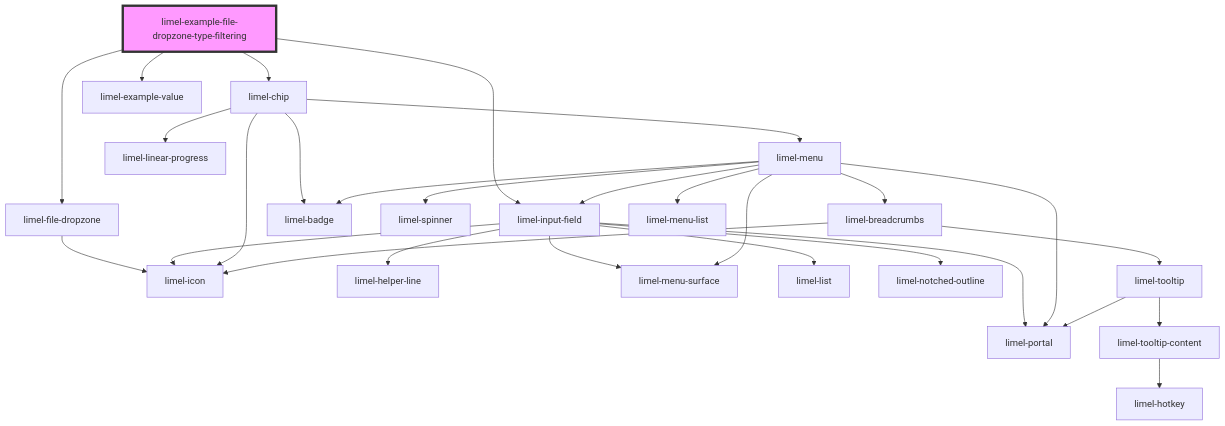
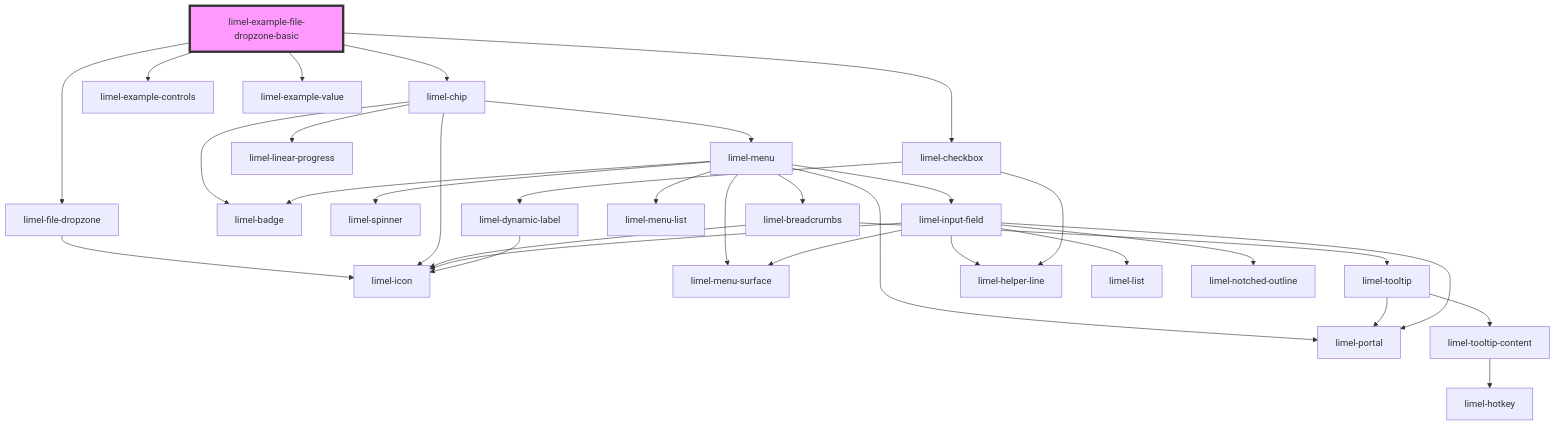
Before and after one commit to Lundalogik/lime-elements: the diagram in versions/PR-4084/markdown-docs/components/file-dropzone/examples/readme.md, drawn with Mermaid. The commit also changed other lines of this file and 961 other files, not shown here.

````diff
--- a/versions/PR-4084/markdown-docs/components/file-dropzone/examples/readme.md
+++ b/versions/PR-4084/markdown-docs/components/file-dropzone/examples/readme.md
@@ -31,31 +20,35 @@
 ```mermaid
 graph TD;
-  limel-example-file-dropzone-type-filtering --> limel-file-dropzone
-  limel-example-file-dropzone-type-filtering --> limel-input-field
-  limel-example-file-dropzone-type-filtering --> limel-chip
-  limel-example-file-dropzone-type-filtering --> limel-example-value
+  limel-example-file-dropzone-basic --> limel-file-dropzone
+  limel-example-file-dropzone-basic --> limel-chip
+  limel-example-file-dropzone-basic --> limel-example-controls
+  limel-example-file-dropzone-basic --> limel-checkbox
+  limel-example-file-dropzone-basic --> limel-example-value
   limel-file-dropzone --> limel-icon
-  limel-input-field --> limel-helper-line
-  limel-input-field --> limel-icon
-  limel-input-field --> limel-portal
-  limel-input-field --> limel-menu-surface
-  limel-input-field --> limel-list
-  limel-input-field --> limel-notched-outline
   limel-chip --> limel-icon
   limel-chip --> limel-badge
   limel-chip --> limel-menu
   limel-chip --> limel-linear-progress
   limel-menu --> limel-spinner
   limel-menu --> limel-breadcrumbs
   limel-menu --> limel-input-field
   limel-menu --> limel-menu-list
   limel-menu --> limel-badge
   limel-menu --> limel-portal
   limel-menu --> limel-menu-surface
   limel-breadcrumbs --> limel-icon
   limel-breadcrumbs --> limel-tooltip
   limel-tooltip --> limel-portal
   limel-tooltip --> limel-tooltip-content
   limel-tooltip-content --> limel-hotkey
-  style limel-example-file-dropzone-type-filtering fill:#f9f,stroke:#333,stroke-width:4px
+  limel-input-field --> limel-helper-line
+  limel-input-field --> limel-icon
+  limel-input-field --> limel-portal
+  limel-input-field --> limel-menu-surface
+  limel-input-field --> limel-list
+  limel-input-field --> limel-notched-outline
+  limel-checkbox --> limel-dynamic-label
+  limel-checkbox --> limel-helper-line
+  limel-dynamic-label --> limel-icon
+  style limel-example-file-dropzone-basic fill:#f9f,stroke:#333,stroke-width:4px
 ```
````
